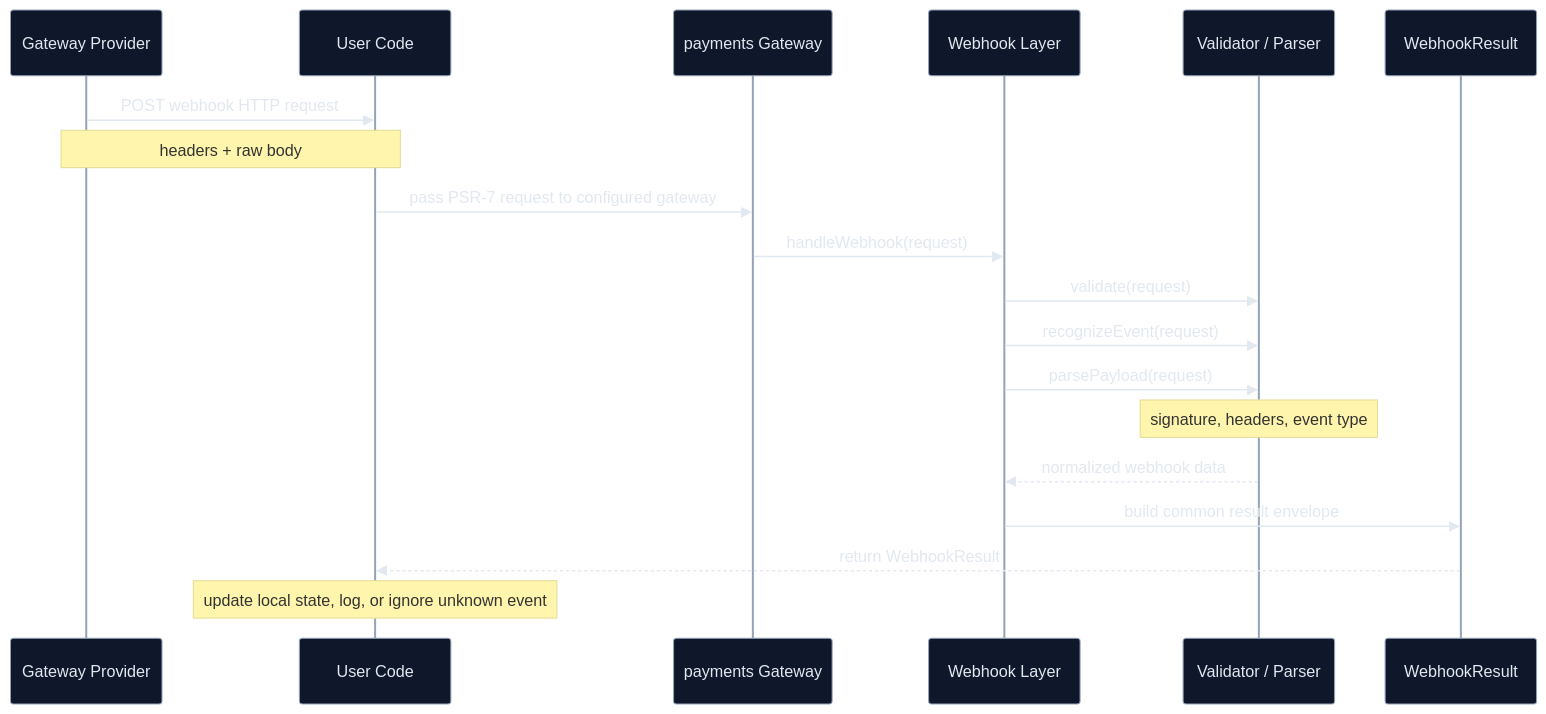
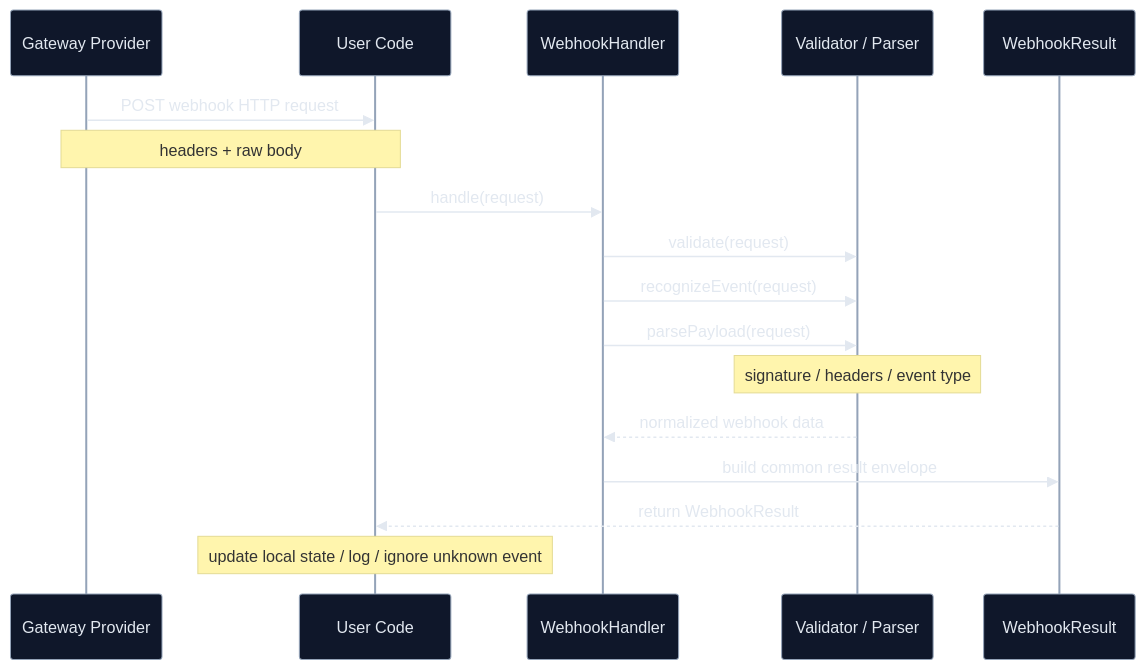
The second of 2 diagrams in README.md (yiisoft/payments), drawn with Mermaid before and after one commit. The commit also changed other lines of this file, not shown here.

````diff
--- a/README.md
+++ b/README.md
@@ -749,34 +749,32 @@
 ```mermaid
 %%{init: {"theme":"base","themeVariables": {
   "background":"transparent",
   "fontFamily":"ui-sans-serif, system-ui, -apple-system, Segoe UI, Roboto, Arial, sans-serif",
   "primaryColor":"#0f172a",
   "primaryTextColor":"#e2e8f0",
   "primaryBorderColor":"#94a3b8",
   "lineColor":"#94a3b8",
   "secondaryColor":"#052e16",
   "tertiaryColor":"#1e293b",
   "clusterBkg":"#0b1220",
   "clusterBorder":"#334155"
 }}}%%
 sequenceDiagram
     participant GP as Gateway Provider
     participant UC as User Code
-    participant PG as payments Gateway
-    participant WL as Webhook Layer
+    participant WH as WebhookHandler
     participant VP as Validator / Parser
     participant WR as WebhookResult
 
     GP->>UC: POST webhook HTTP request
     Note over GP,UC: headers + raw body
-    UC->>PG: pass PSR-7 request to configured gateway
-    PG->>WL: handleWebhook(request)
-    WL->>VP: validate(request)
-    WL->>VP: recognizeEvent(request)
-    WL->>VP: parsePayload(request)
-    Note over VP: signature, headers, event type
-    VP-->>WL: normalized webhook data
-    WL->>WR: build common result envelope
+    UC->>WH: handle(request)
+    WH->>VP: validate(request)
+    WH->>VP: recognizeEvent(request)
+    WH->>VP: parsePayload(request)
+    Note over VP: signature / headers / event type
+    VP-->>WH: normalized webhook data
+    WH->>WR: build common result envelope
     WR-->>UC: return WebhookResult
-    Note over UC: update local state, log, or ignore unknown event
+    Note over UC: update local state / log / ignore unknown event
 ```
````
